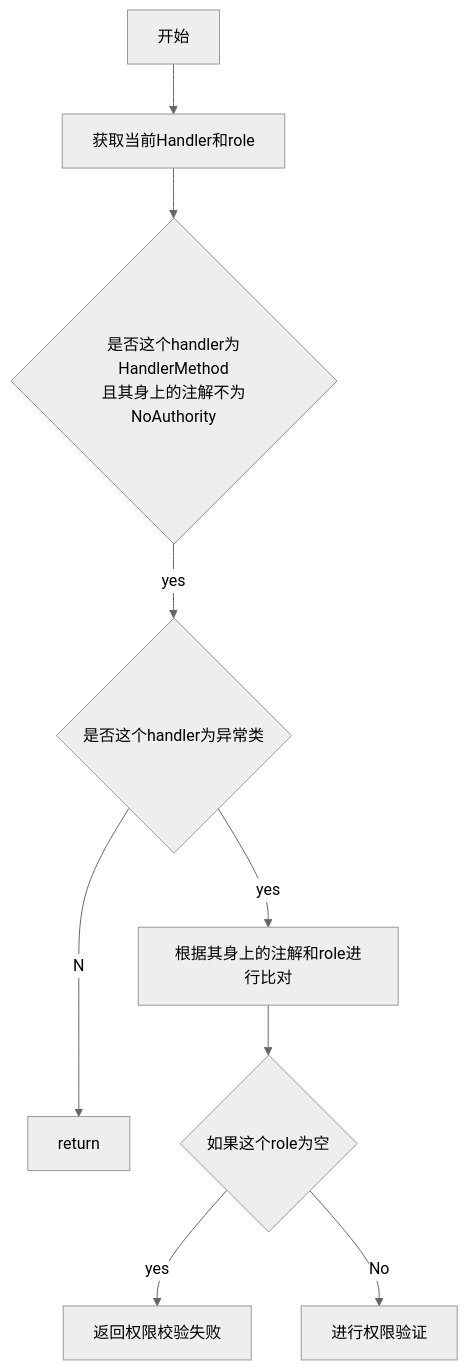
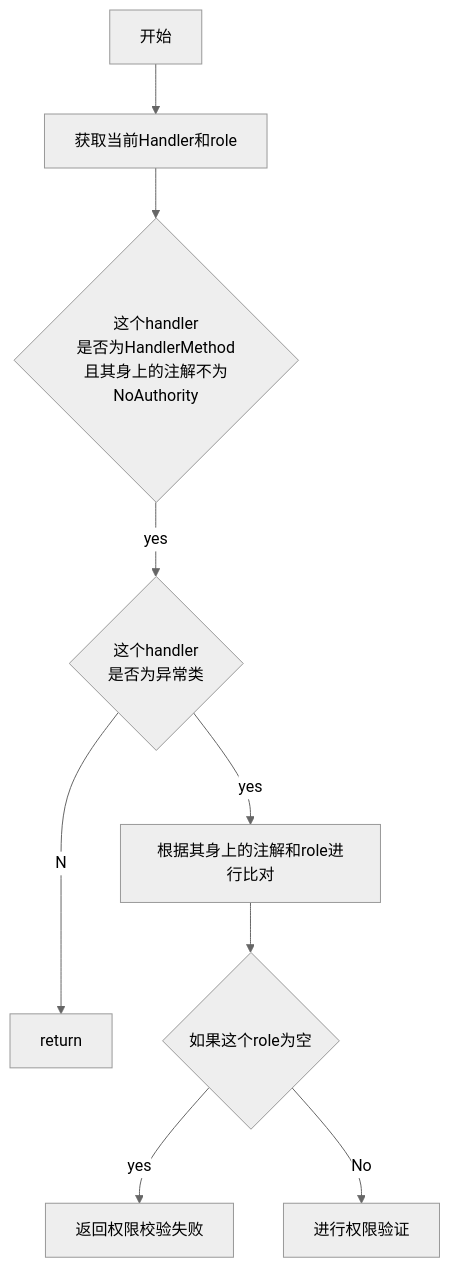
One commit to 658146603/ostp-web changed the diagram in README.MD. Above: the diagram before and after it, drawn with Mermaid (neutral theme). The commit also changed other lines of this file, not shown here.

````diff
--- a/README.MD
+++ b/README.MD
@@ -126,12 +124,12 @@
 ```mermaid
 graph TB
   start[开始] --> input[获取当前Handler和role]
-  input --> D{是否这个handler为HandlerMethod<br>且其身上的注解不为NoAuthority}
-  D --yes-->E{是否这个handler为异常类}
+  input --> D{这个handler<br>是否为HandlerMethod<br>且其身上的注解不为<br>NoAuthority}
+  D --yes-->E{这个handler<br>是否为异常类}
   E --No-->return
-  E --yes --> F[根据其身上的注解和role进行比对] 
+  E --yes--> F[根据其身上的注解和role进行比对] 
   F --> G{如果这个role为空}
   G --yes-->返回权限校验失败
   G --No -->进行权限验证 
   
  ```
````
